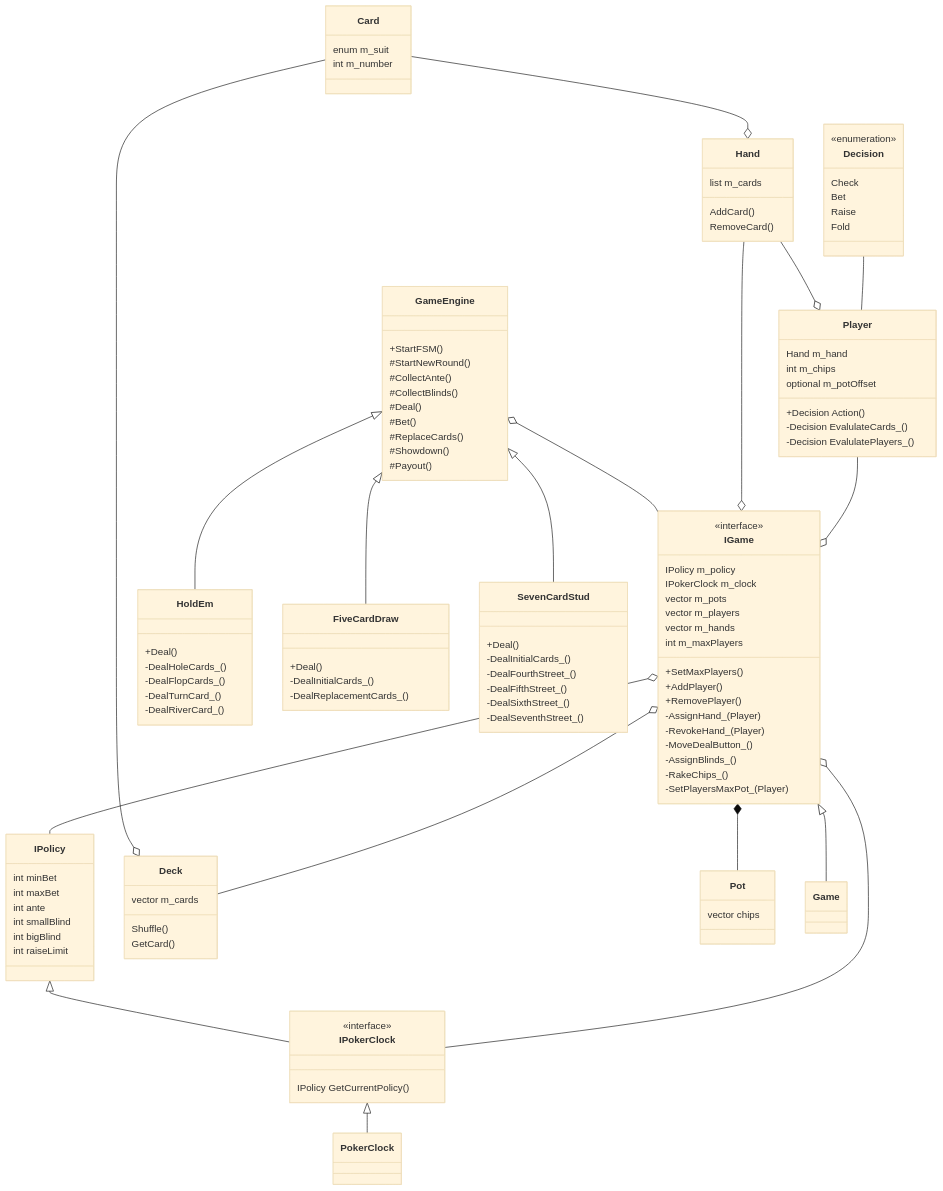
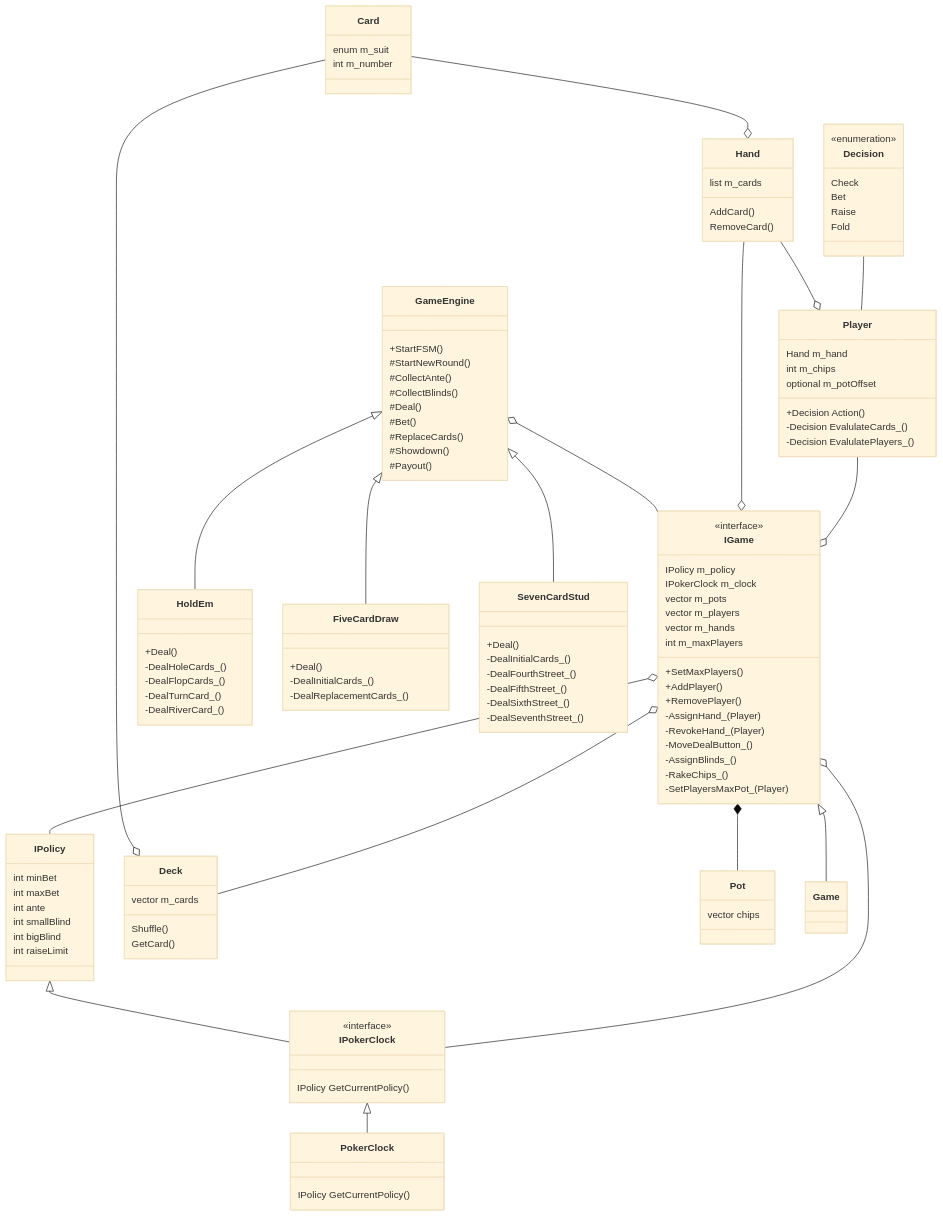
One commit to jamesroyer/Poker changed the diagram in README.md. Above: the diagram before and after it, drawn with Mermaid (base theme). The commit also changed other lines of this file and 8 other files, not shown here.

```diff
--- a/README.md
+++ b/README.md
@@ -36,6 +71,7 @@
 		IPolicy GetCurrentPolicy()
 	}
 	class PokerClock {
+		IPolicy GetCurrentPolicy()
 	}
 	class Deck {
 		vector m_cards
```
